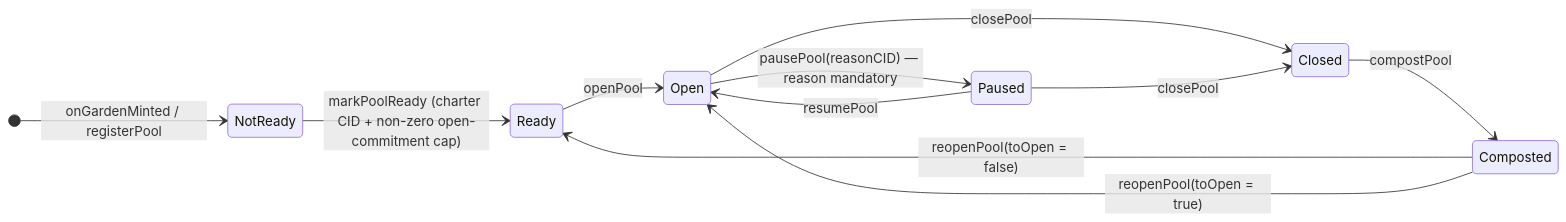
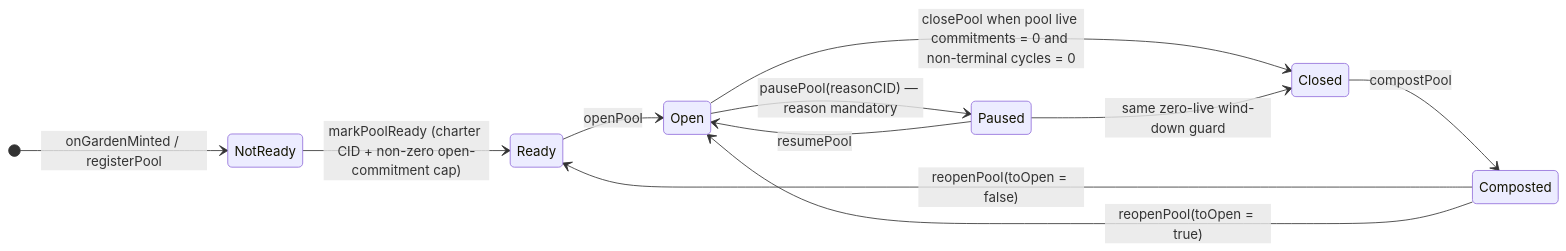
One commit to greenpill-dev-guild/green-goods changed diagram 11 of 40 in .plans/active/commitment-pooling/diagrams.md. Above: the diagram before and after it, drawn with Mermaid. The commit also changed other lines of this file and 23 other files, not shown here.

First line of the commit message:
fix(agent): close pooling architecture gaps

````diff
--- a/.plans/active/commitment-pooling/diagrams.md
+++ b/.plans/active/commitment-pooling/diagrams.md
@@ -679,14 +679,14 @@
 ```mermaid
 stateDiagram-v2
   direction LR
   [*] --> NotReady : onGardenMinted / registerPool
   NotReady --> Ready : markPoolReady (charter CID + non-zero open-commitment cap)
   Ready --> Open : openPool
   Open --> Paused : pausePool(reasonCID) — reason mandatory
   Paused --> Open : resumePool
-  Open --> Closed : closePool
-  Paused --> Closed : closePool
+  Open --> Closed : closePool when pool live commitments = 0 and non-terminal cycles = 0
+  Paused --> Closed : same zero-live wind-down guard
   Closed --> Composted : compostPool
   Composted --> Ready : reopenPool(toOpen = false)
   Composted --> Open : reopenPool(toOpen = true)
 ```
````
